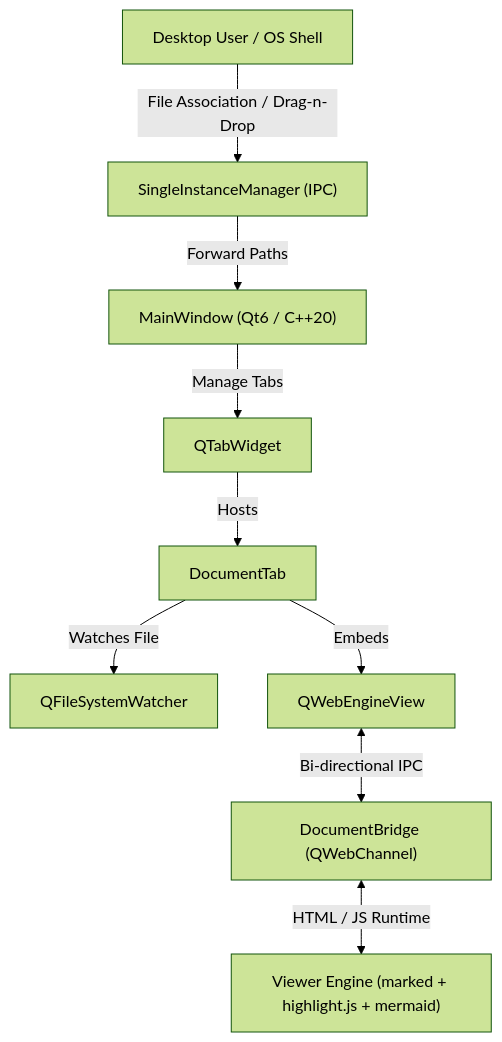
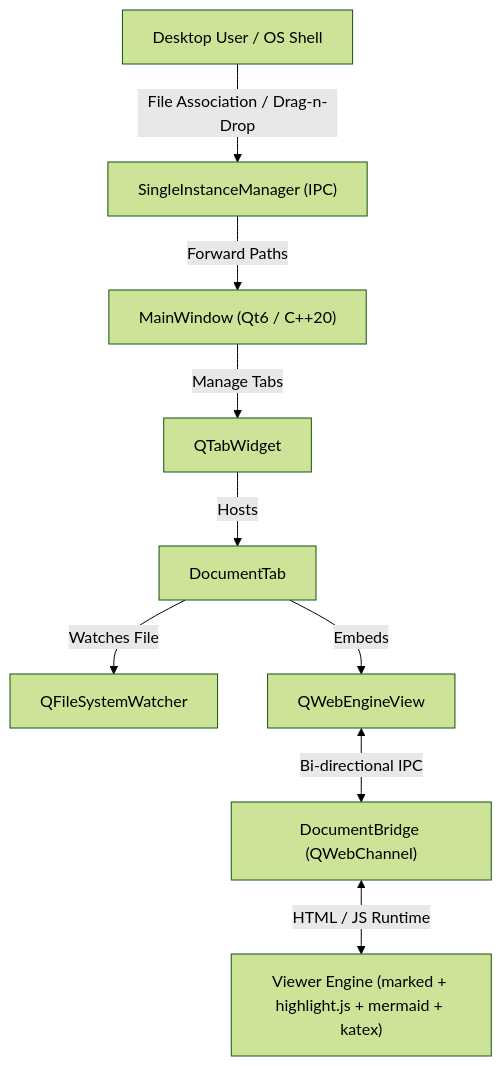
Before and after one commit to seyed-ali-hosseini-nasab2/MarkdownReader: the diagram in README.md, drawn with Mermaid (forest theme). The commit also changed other lines of this file and 1 other file, not shown here.

````diff
--- a/README.md
+++ b/README.md
@@ -74,11 +81,11 @@
 ```mermaid
 graph TD
     User["Desktop User / OS Shell"] -->|File Association / Drag-n-Drop| SingleInst["SingleInstanceManager (IPC)"]
     SingleInst -->|Forward Paths| MainWindow["MainWindow (Qt6 / C++20)"]
     MainWindow -->|Manage Tabs| TabWidget["QTabWidget"]
     TabWidget -->|Hosts| DocTab["DocumentTab"]
     DocTab -->|Watches File| Watcher["QFileSystemWatcher"]
     DocTab -->|Embeds| WebEngine["QWebEngineView"]
     WebEngine <-->|Bi-directional IPC| Bridge["DocumentBridge (QWebChannel)"]
-    Bridge <-->|HTML / JS Runtime| Frontend["Viewer Engine (marked + highlight.js + mermaid)"]
+    Bridge <-->|HTML / JS Runtime| Frontend["Viewer Engine (marked + highlight.js + mermaid + katex)"]
 ```
````
